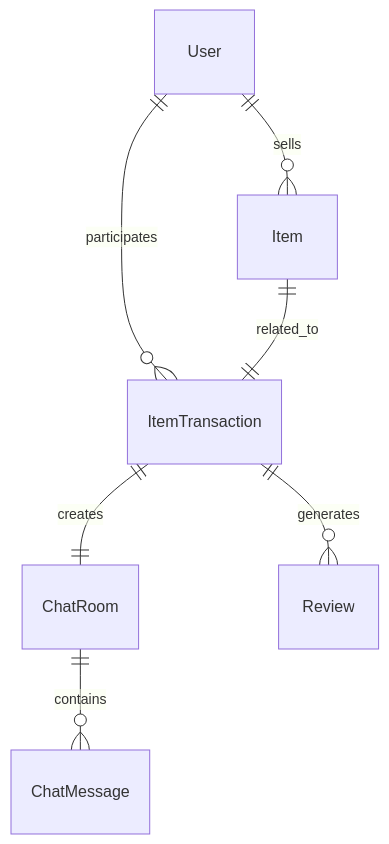
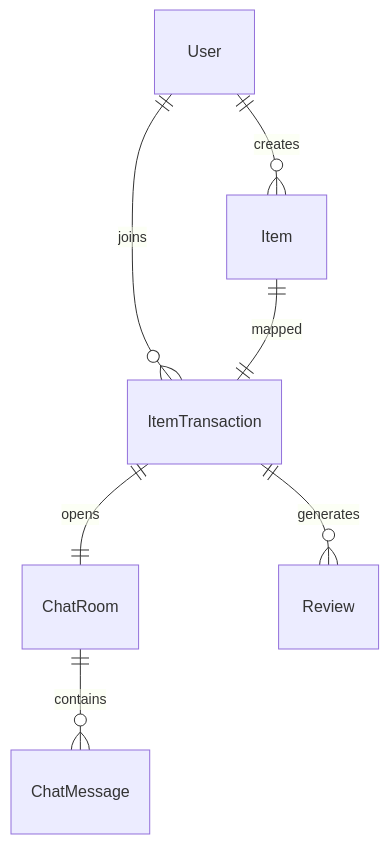
Before and after one commit to SU-Talk/sutalk-backend: the third of 3 diagrams in README.md, drawn with Mermaid. The commit also changed other lines of this file, not shown here.

````diff
--- a/README.md
+++ b/README.md
@@ -175,9 +168,10 @@
 ```mermaid
 erDiagram
-    User ||--o{ Item : sells
-    User ||--o{ ItemTransaction : participates
-    Item ||--|| ItemTransaction : related_to
-    ItemTransaction ||--|| ChatRoom : creates
-    ChatRoom ||--o{ ChatMessage : contains
-    ItemTransaction ||--o{ Review : generates
+    User ||--o{ Item : "creates"
+    User ||--o{ ItemTransaction : "joins"
+    Item ||--|| ItemTransaction : "mapped"
+    ItemTransaction ||--|| ChatRoom : "opens"
+    ChatRoom ||--o{ ChatMessage : "contains"
+    ItemTransaction ||--o{ Review : "generates"
+
 ```
````
